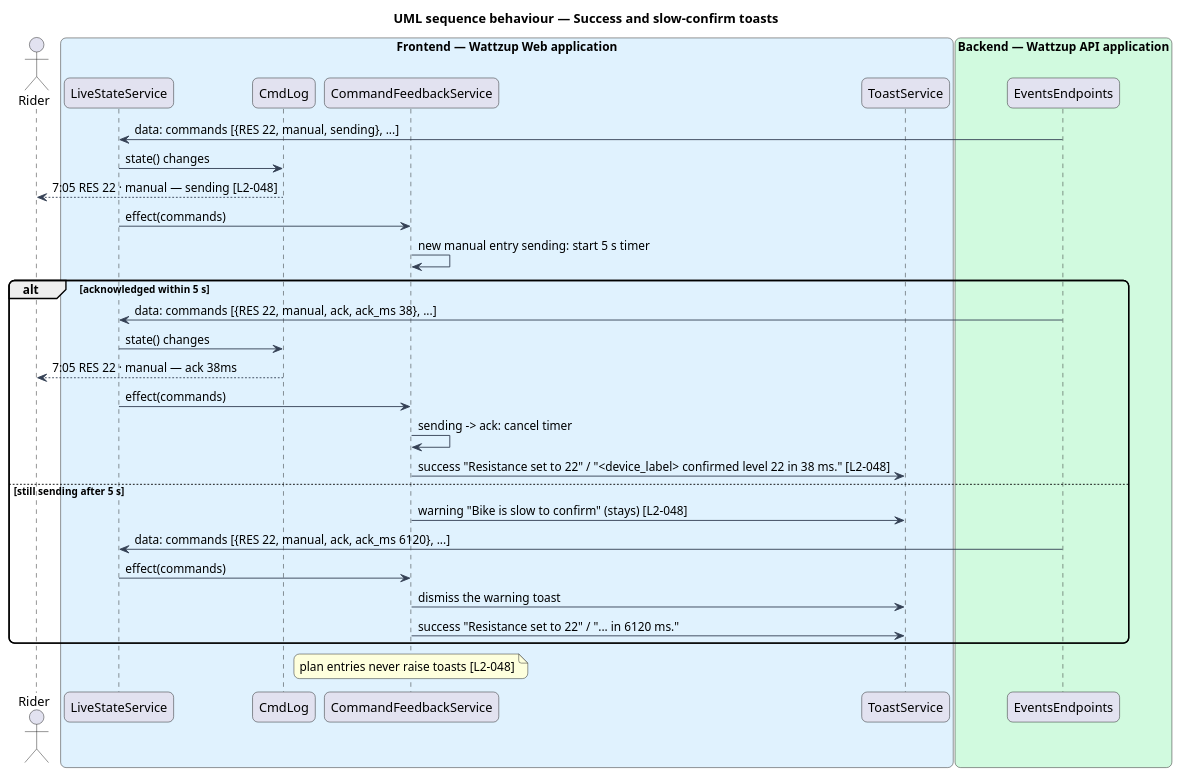
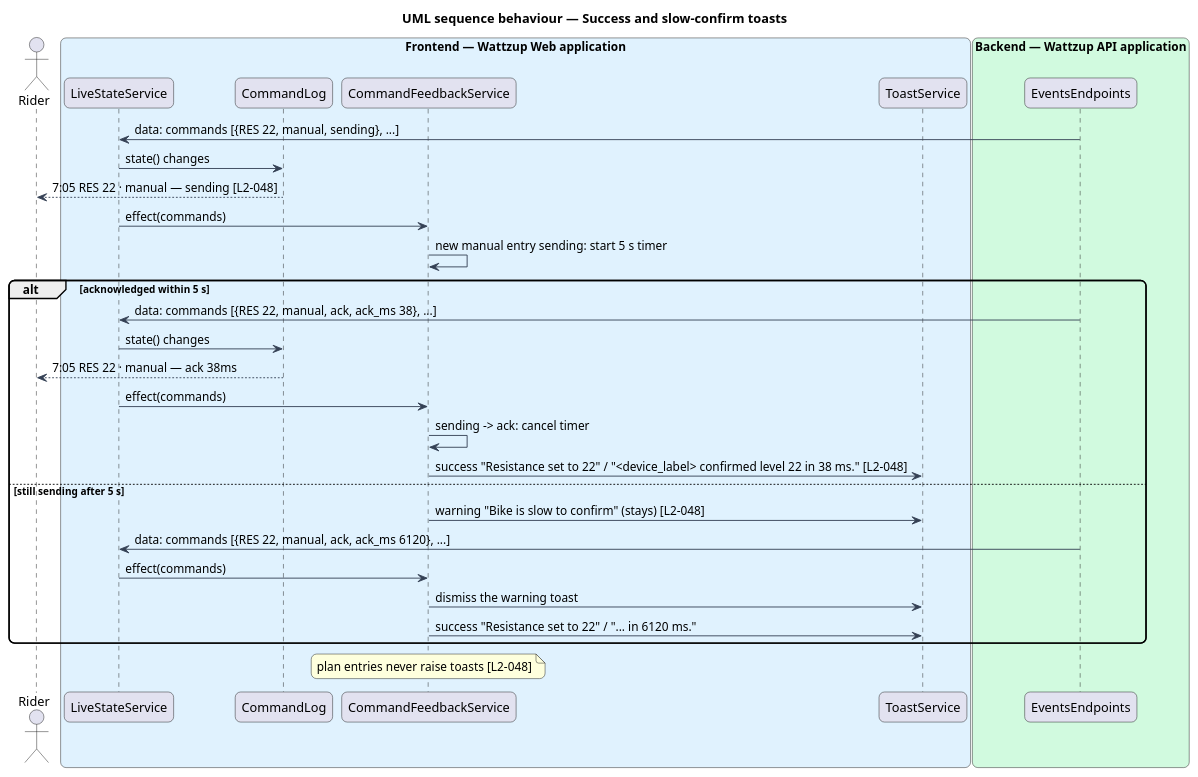
Before and after one commit to QuinntyneBrown/ride-one: the diagram in docs/detailed-designs/resistance-control/log-resistance-commands/diagrams/sequence-command-toasts.puml, drawn with PlantUML. The commit also changed 58 other files, not shown here.

```diff
--- a/docs/detailed-designs/resistance-control/log-resistance-commands/diagrams/sequence-command-toasts.puml
+++ b/docs/detailed-designs/resistance-control/log-resistance-commands/diagrams/sequence-command-toasts.puml
@@ -1,39 +1,39 @@
 @startuml
 title UML sequence behaviour — Success and slow-confirm toasts
 skinparam backgroundColor #FFFFFF
 skinparam shadowing false
 skinparam roundcorner 12
 skinparam defaultFontName Arial
 skinparam ArrowColor #344054
 actor "Rider" as rider
 box "Frontend — Wattzup Web application" #E0F2FE
   participant "LiveStateService" as live
-  participant "CmdLog" as log
+  participant "CommandLog" as log
   participant "CommandFeedbackService" as fb
   participant "ToastService" as toast
 end box
 box "Backend — Wattzup API application" #D1FADF
   participant "EventsEndpoints" as sse
 end box
 
 sse -> live : data: commands [{RES 22, manual, sending}, ...]
 live -> log : state() changes
 log --> rider : 7:05 RES 22 · manual — sending [L2-048]
 live -> fb : effect(commands)
 fb -> fb : new manual entry sending: start 5 s timer
 alt acknowledged within 5 s
   sse -> live : data: commands [{RES 22, manual, ack, ack_ms 38}, ...]
   live -> log : state() changes
   log --> rider : 7:05 RES 22 · manual — ack 38ms
   live -> fb : effect(commands)
   fb -> fb : sending -> ack: cancel timer
   fb -> toast : success "Resistance set to 22" / "<device_label> confirmed level 22 in 38 ms." [L2-048]
 else still sending after 5 s
   fb -> toast : warning "Bike is slow to confirm" (stays) [L2-048]
   sse -> live : data: commands [{RES 22, manual, ack, ack_ms 6120}, ...]
   live -> fb : effect(commands)
   fb -> toast : dismiss the warning toast
   fb -> toast : success "Resistance set to 22" / "... in 6120 ms."
 end
 note over fb : plan entries never raise toasts [L2-048]
 @enduml
```
